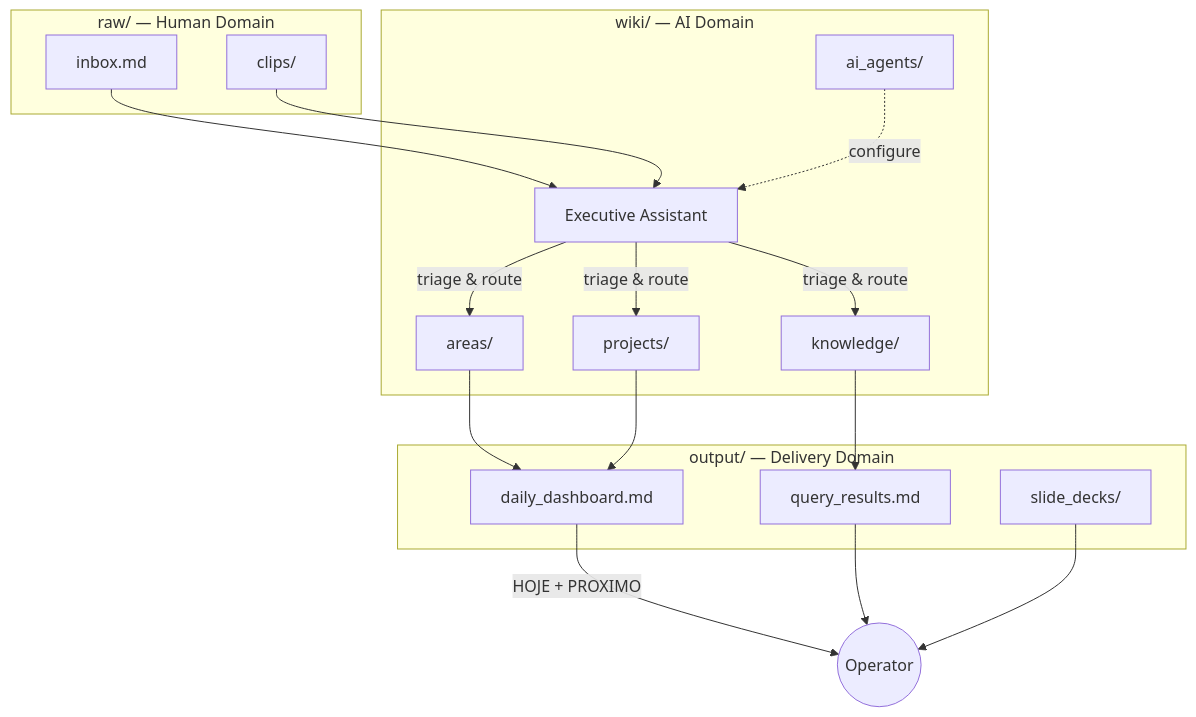
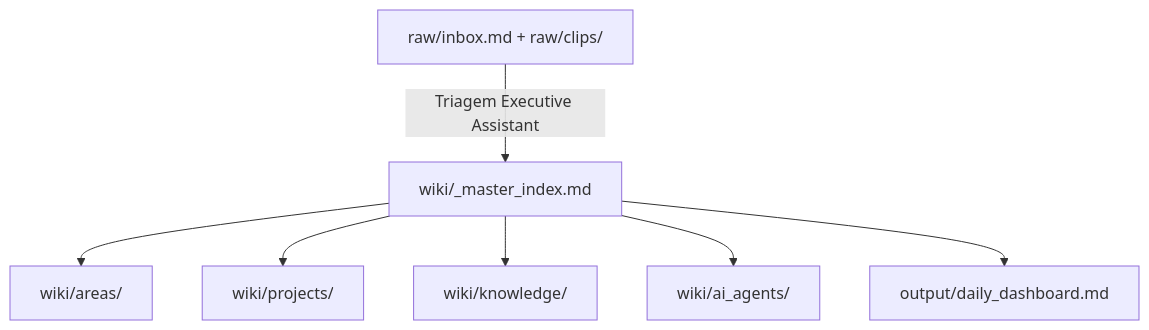
One commit to talesoftalles1-dev/tales-of-talles changed the diagram in wiki/_master_index.md. Above: the diagram before and after it, drawn with Mermaid. The commit also changed other lines of this file and 20 other files, not shown here.

````diff
--- a/wiki/_master_index.md
+++ b/wiki/_master_index.md
@@ -96,34 +56,9 @@
 ```mermaid
 graph TD
-    subgraph HUMAN["raw/ — Human Domain"]
-        IN[inbox.md]
-        CL[clips/]
-    end
-
-    subgraph AI["wiki/ — AI Domain"]
-        EA[Executive Assistant]
-        AR[areas/]
-        PR[projects/]
-        KN[knowledge/]
-        AG[ai_agents/]
-    end
-
-    subgraph OUT["output/ — Delivery Domain"]
-        DD[daily_dashboard.md]
-        QR[query_results.md]
-        SD[slide_decks/]
-    end
-
-    IN --> EA
-    CL --> EA
-    EA -->|triage & route| AR
-    EA -->|triage & route| PR
-    EA -->|triage & route| KN
-    AR --> DD
-    PR --> DD
-    KN --> QR
-    AG -.->|configure| EA
-    DD --> |HOJE + PROXIMO| USER((Operator))
-    QR --> USER
-    SD --> USER
+    A["raw/inbox.md + raw/clips/"] -->|"Triagem Executive Assistant"| B["wiki/_master_index.md"]
+    B --> C["wiki/areas/"]
+    B --> D["wiki/projects/"]
+    B --> E["wiki/knowledge/"]
+    B --> F["wiki/ai_agents/"]
+    B --> G["output/daily_dashboard.md"]
 ```
````
